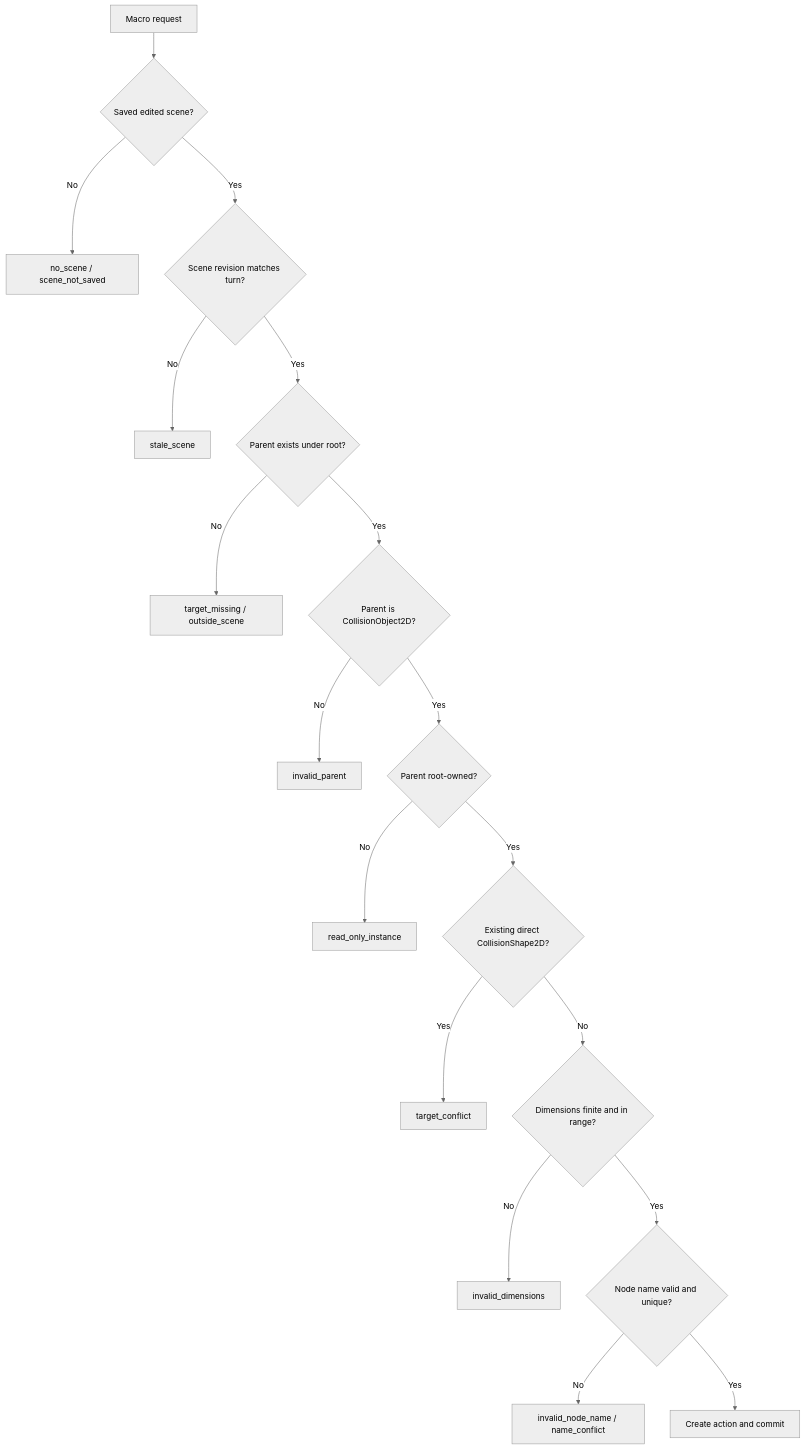
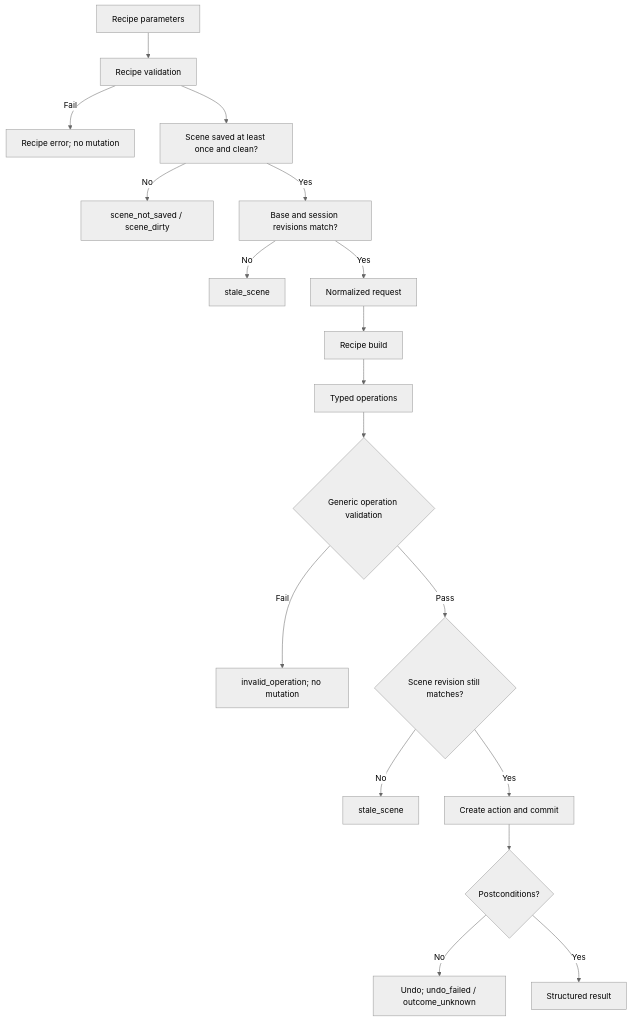
The third of 5 diagrams in plan/mockups/06-workspace-transactions-diagrams.md (longjoel/tiiny-godot), drawn with Mermaid (neutral theme) before and after one commit. The commit also changed other lines of this file and 28 other files, not shown here.

````diff
--- a/plan/mockups/06-workspace-transactions-diagrams.md
+++ b/plan/mockups/06-workspace-transactions-diagrams.md
@@ -40,20 +87,20 @@
 ```mermaid
 flowchart TD
-    A[Macro request] --> B{Saved edited scene?}
-    B -- No --> X[no_scene / scene_not_saved]
-    B -- Yes --> C{Scene revision matches turn?}
-    C -- No --> Y[stale_scene]
-    C -- Yes --> D{Parent exists under root?}
-    D -- No --> Z[target_missing / outside_scene]
-    D -- Yes --> E{Parent is CollisionObject2D?}
-    E -- No --> W[invalid_parent]
-    E -- Yes --> F{Parent root-owned?}
-    F -- No --> V[read_only_instance]
-    F -- Yes --> G{Existing direct CollisionShape2D?}
-    G -- Yes --> U[target_conflict]
-    G -- No --> H{Dimensions finite and in range?}
-    H -- No --> T[invalid_dimensions]
-    H -- Yes --> I{Node name valid and unique?}
-    I -- No --> S[invalid_node_name / name_conflict]
-    I -- Yes --> J[Create action and commit]
+    A[Recipe parameters] --> B[Recipe validation]
+    B -- Fail --> X[Recipe error; no mutation]
+    B --> B2[Scene saved at least once and clean?]
+    B2 -- No --> X2[scene_not_saved / scene_dirty]
+    B2 -- Yes --> B3[Base and session revisions match?]
+    B3 -- No --> X3[stale_scene]
+    B3 -- Yes --> C[Normalized request]
+    C --> D[Recipe build]
+    D --> E[Typed operations]
+    E --> F{Generic operation validation}
+    F -- Fail --> Y[invalid_operation; no mutation]
+    F -- Pass --> G{Scene revision still matches?}
+    G -- No --> Z[stale_scene]
+    G -- Yes --> H[Create action and commit]
+    H --> I{Postconditions?}
+    I -- No --> J[Undo; undo_failed / outcome_unknown]
+    I -- Yes --> K[Structured result]
 ```
````
